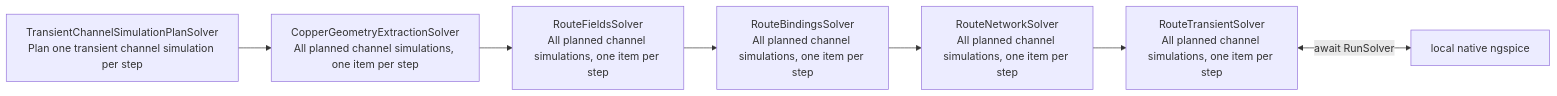
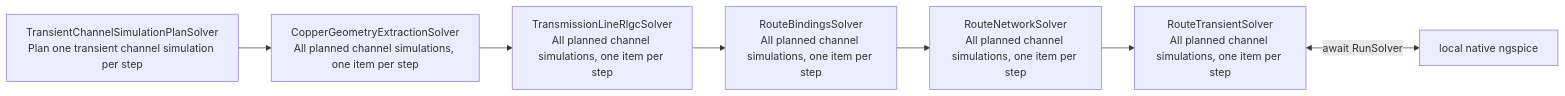
The second of 5 diagrams in README.md (draarivpatel-ui/signal-integrity-pipeline), drawn with Mermaid before and after one commit. The commit also changed other lines of this file and 7 other files, not shown here.

Commit message:
refactor: wire the transmission-line RLGC stage into the pipeline

````diff
--- a/README.md
+++ b/README.md
@@ -98,15 +98,15 @@
 ```mermaid
 flowchart LR
   s0["TransientChannelSimulationPlanSolver<br/>Plan one transient channel simulation per step"]
   s1["CopperGeometryExtractionSolver<br/>All planned channel simulations, one item per step"]
-  s2["RouteFieldsSolver<br/>All planned channel simulations, one item per step"]
+  s2["TransmissionLineRlgcSolver<br/>All planned channel simulations, one item per step"]
   s3["RouteBindingsSolver<br/>All planned channel simulations, one item per step"]
   s4["RouteNetworkSolver<br/>All planned channel simulations, one item per step"]
   s5["RouteTransientSolver<br/>All planned channel simulations, one item per step"]
   s0 --> s1
   s1 --> s2
   s2 --> s3
   s3 --> s4
   s4 --> s5
   s5 <-->|"await RunSolver"| engine["local native ngspice"]
 ```
````
